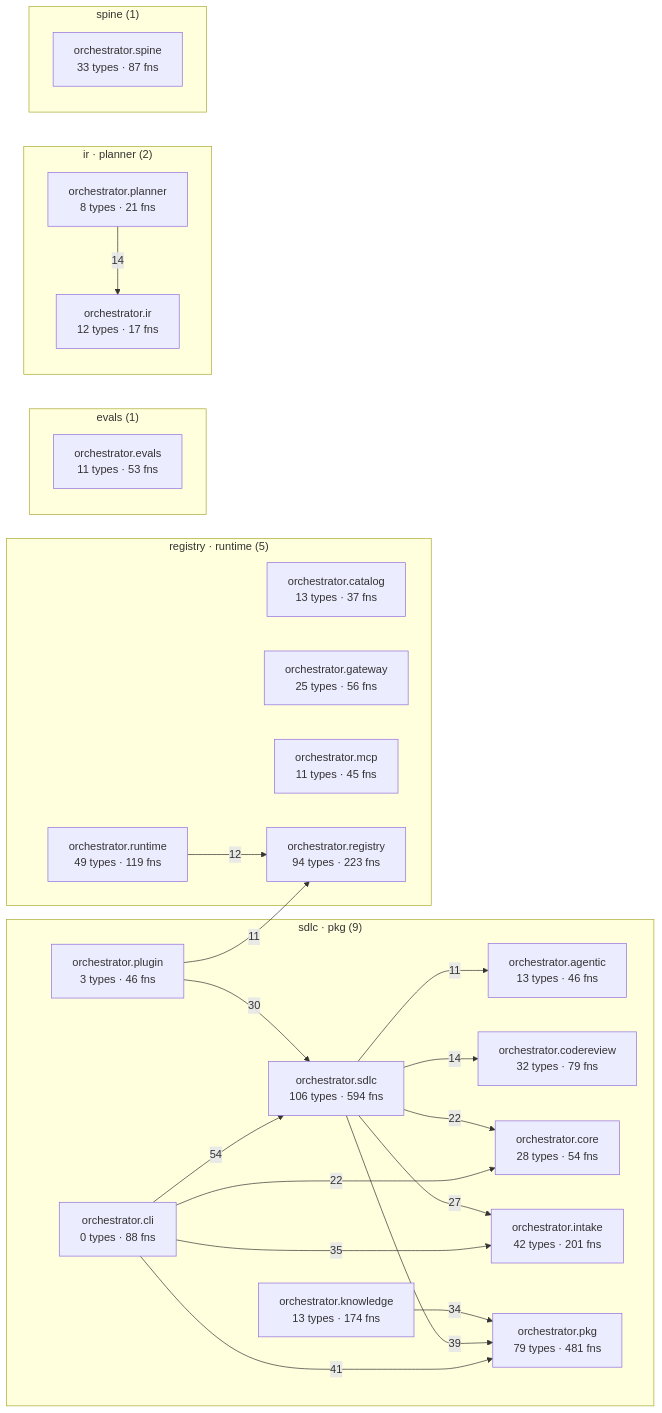
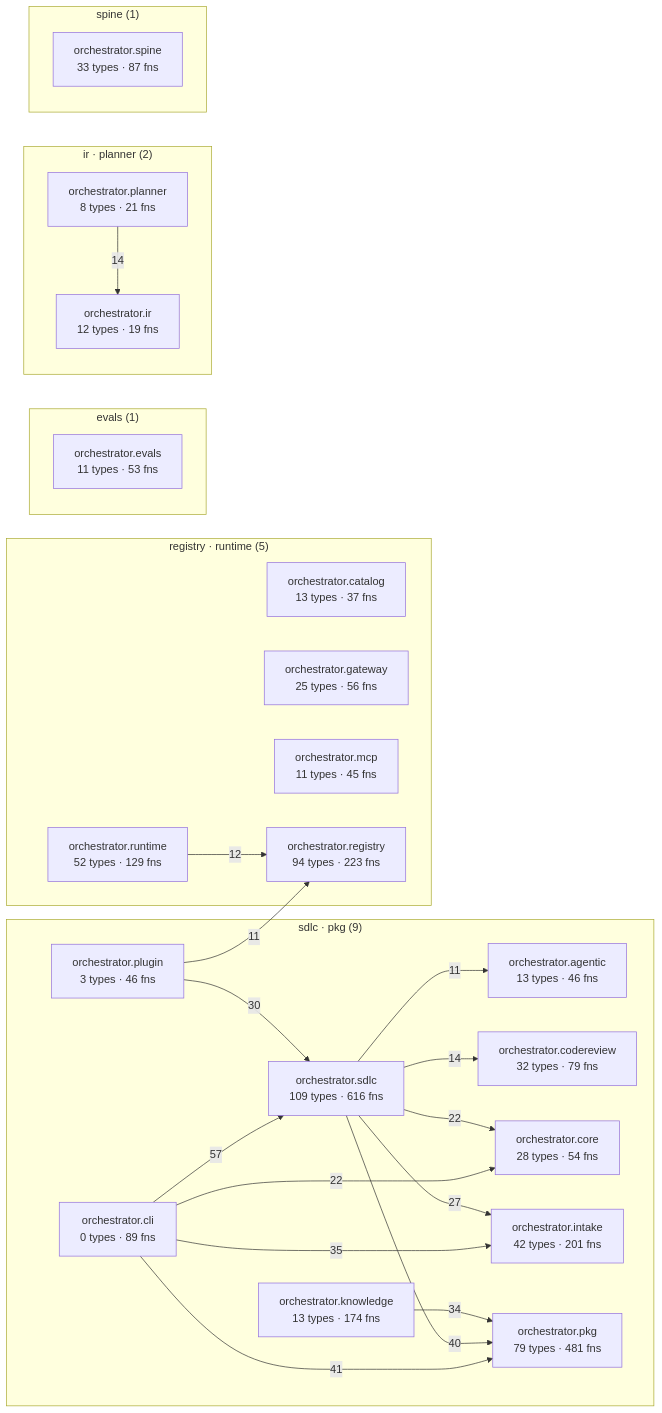
The diagram in episteme/architecture.md (synaptixs/spine), drawn with Mermaid before and after one commit. The commit also changed other lines of this file and 53 other files, not shown here.

````diff
--- a/episteme/architecture.md
+++ b/episteme/architecture.md
@@ -54,45 +55,45 @@
 ```mermaid
 flowchart LR
   subgraph c_1["sdlc · pkg (9)"]
     aorchestratoragentic["orchestrator.agentic<br/>13 types · 46 fns"]
-    aorchestratorcli["orchestrator.cli<br/>0 types · 88 fns"]
+    aorchestratorcli["orchestrator.cli<br/>0 types · 89 fns"]
     aorchestratorcodereview["orchestrator.codereview<br/>32 types · 79 fns"]
     aorchestratorcore["orchestrator.core<br/>28 types · 54 fns"]
     aorchestratorintake["orchestrator.intake<br/>42 types · 201 fns"]
     aorchestratorknowledge["orchestrator.knowledge<br/>13 types · 174 fns"]
     aorchestratorpkg["orchestrator.pkg<br/>79 types · 481 fns"]
     aorchestratorplugin["orchestrator.plugin<br/>3 types · 46 fns"]
-    aorchestratorsdlc["orchestrator.sdlc<br/>106 types · 594 fns"]
+    aorchestratorsdlc["orchestrator.sdlc<br/>109 types · 616 fns"]
   end
   subgraph c_3["registry · runtime (5)"]
     aorchestratorcatalog["orchestrator.catalog<br/>13 types · 37 fns"]
     aorchestratorgateway["orchestrator.gateway<br/>25 types · 56 fns"]
     aorchestratormcp["orchestrator.mcp<br/>11 types · 45 fns"]
     aorchestratorregistry["orchestrator.registry<br/>94 types · 223 fns"]
-    aorchestratorruntime["orchestrator.runtime<br/>49 types · 119 fns"]
+    aorchestratorruntime["orchestrator.runtime<br/>52 types · 129 fns"]
   end
   subgraph c_5["evals (1)"]
     aorchestratorevals["orchestrator.evals<br/>11 types · 53 fns"]
   end
   subgraph c_7["ir · planner (2)"]
-    aorchestratorir["orchestrator.ir<br/>12 types · 17 fns"]
+    aorchestratorir["orchestrator.ir<br/>12 types · 19 fns"]
     aorchestratorplanner["orchestrator.planner<br/>8 types · 21 fns"]
   end
   subgraph c_10["spine (1)"]
     aorchestratorspine["orchestrator.spine<br/>33 types · 87 fns"]
   end
-  aorchestratorcli -->|54| aorchestratorsdlc
+  aorchestratorcli -->|57| aorchestratorsdlc
   aorchestratorcli -->|41| aorchestratorpkg
-  aorchestratorsdlc -->|39| aorchestratorpkg
+  aorchestratorsdlc -->|40| aorchestratorpkg
   aorchestratorcli -->|35| aorchestratorintake
   aorchestratorknowledge -->|34| aorchestratorpkg
   aorchestratorplugin -->|30| aorchestratorsdlc
   aorchestratorsdlc -->|27| aorchestratorintake
   aorchestratorcli -->|22| aorchestratorcore
   aorchestratorsdlc -->|22| aorchestratorcore
   aorchestratorplanner -->|14| aorchestratorir
   aorchestratorsdlc -->|14| aorchestratorcodereview
   aorchestratorruntime -->|12| aorchestratorregistry
   aorchestratorplugin -->|11| aorchestratorregistry
   aorchestratorsdlc -->|11| aorchestratoragentic
 ```
````
